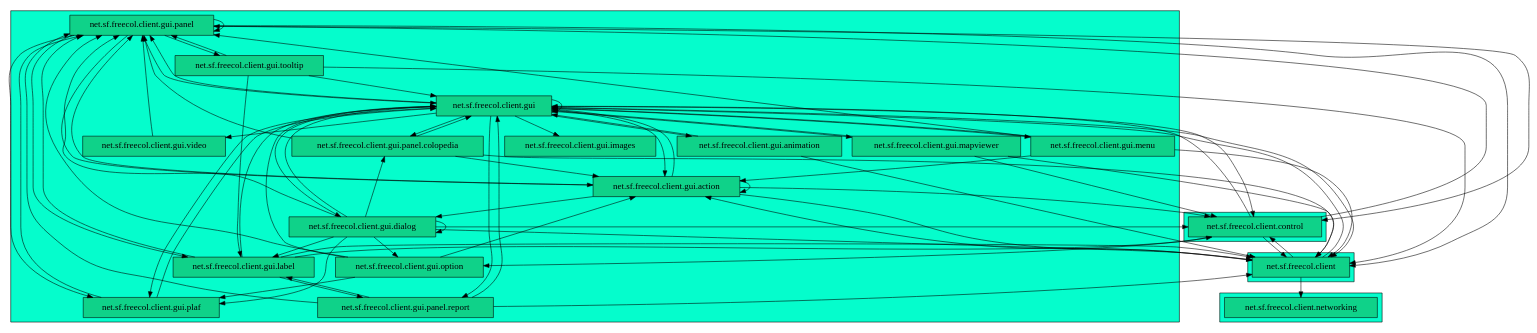
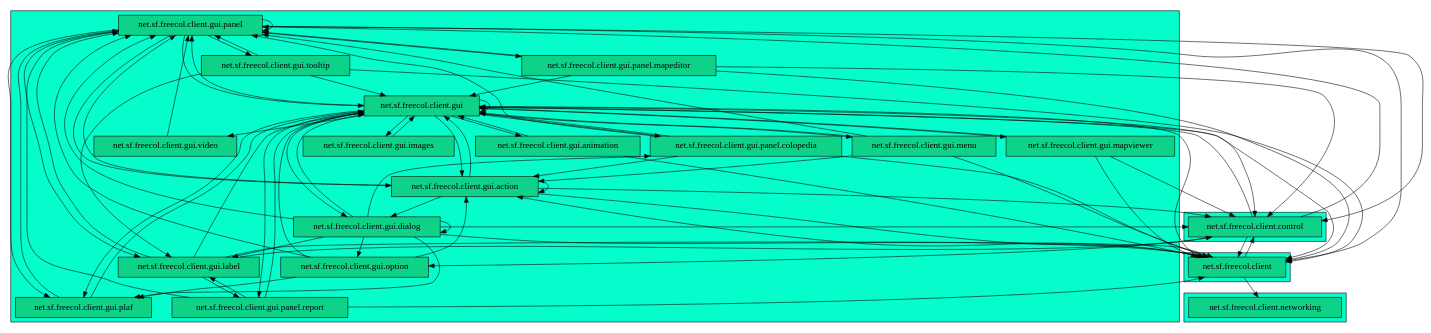
Before and after one commit to sfauvel/freecol: the diagram in test/docs/net/sf/freecol/architecture/_ArchitectureDocTest.client.approved.adoc, drawn with Graphviz. The commit also changed other lines of this file and 19 other files, not shown here.

```diff
--- a/test/docs/net/sf/freecol/architecture/_ArchitectureDocTest.client.approved.adoc
+++ b/test/docs/net/sf/freecol/architecture/_ArchitectureDocTest.client.approved.adoc
@@ -33,6 +33,7 @@
         "net.sf.freecol.client.gui.animation"
         "net.sf.freecol.client.gui.plaf"
         "net.sf.freecol.client.gui.mapviewer"
+        "net.sf.freecol.client.gui.panel.mapeditor"
         "net.sf.freecol.client.gui.menu"
         "net.sf.freecol.client.gui.images"
         "net.sf.freecol.client.gui.label"
@@ -81,6 +82,7 @@
     "net.sf.freecol.client.gui.dialog" -> "net.sf.freecol.client.gui.panel"
     "net.sf.freecol.client.gui.dialog" -> "net.sf.freecol.client.gui.panel.colopedia"
     "net.sf.freecol.client.gui.dialog" -> "net.sf.freecol.client.gui.plaf"
+    "net.sf.freecol.client.gui.images" -> "net.sf.freecol.client.gui"
     "net.sf.freecol.client.gui.label" -> "net.sf.freecol.client"
     "net.sf.freecol.client.gui.label" -> "net.sf.freecol.client.control"
     "net.sf.freecol.client.gui.label" -> "net.sf.freecol.client.gui"
@@ -103,12 +105,17 @@
     "net.sf.freecol.client.gui.panel" -> "net.sf.freecol.client.gui.action"
     "net.sf.freecol.client.gui.panel" -> "net.sf.freecol.client.gui.label"
     "net.sf.freecol.client.gui.panel" -> "net.sf.freecol.client.gui.panel"
+    "net.sf.freecol.client.gui.panel" -> "net.sf.freecol.client.gui.panel.mapeditor"
     "net.sf.freecol.client.gui.panel" -> "net.sf.freecol.client.gui.plaf"
     "net.sf.freecol.client.gui.panel" -> "net.sf.freecol.client.gui.tooltip"
     "net.sf.freecol.client.gui.panel.colopedia" -> "net.sf.freecol.client"
     "net.sf.freecol.client.gui.panel.colopedia" -> "net.sf.freecol.client.gui"
     "net.sf.freecol.client.gui.panel.colopedia" -> "net.sf.freecol.client.gui.action"
     "net.sf.freecol.client.gui.panel.colopedia" -> "net.sf.freecol.client.gui.panel"
+    "net.sf.freecol.client.gui.panel.mapeditor" -> "net.sf.freecol.client"
+    "net.sf.freecol.client.gui.panel.mapeditor" -> "net.sf.freecol.client.control"
+    "net.sf.freecol.client.gui.panel.mapeditor" -> "net.sf.freecol.client.gui"
+    "net.sf.freecol.client.gui.panel.mapeditor" -> "net.sf.freecol.client.gui.panel"
     "net.sf.freecol.client.gui.panel.report" -> "net.sf.freecol.client"
     "net.sf.freecol.client.gui.panel.report" -> "net.sf.freecol.client.gui"
     "net.sf.freecol.client.gui.panel.report" -> "net.sf.freecol.client.gui.label"
```
